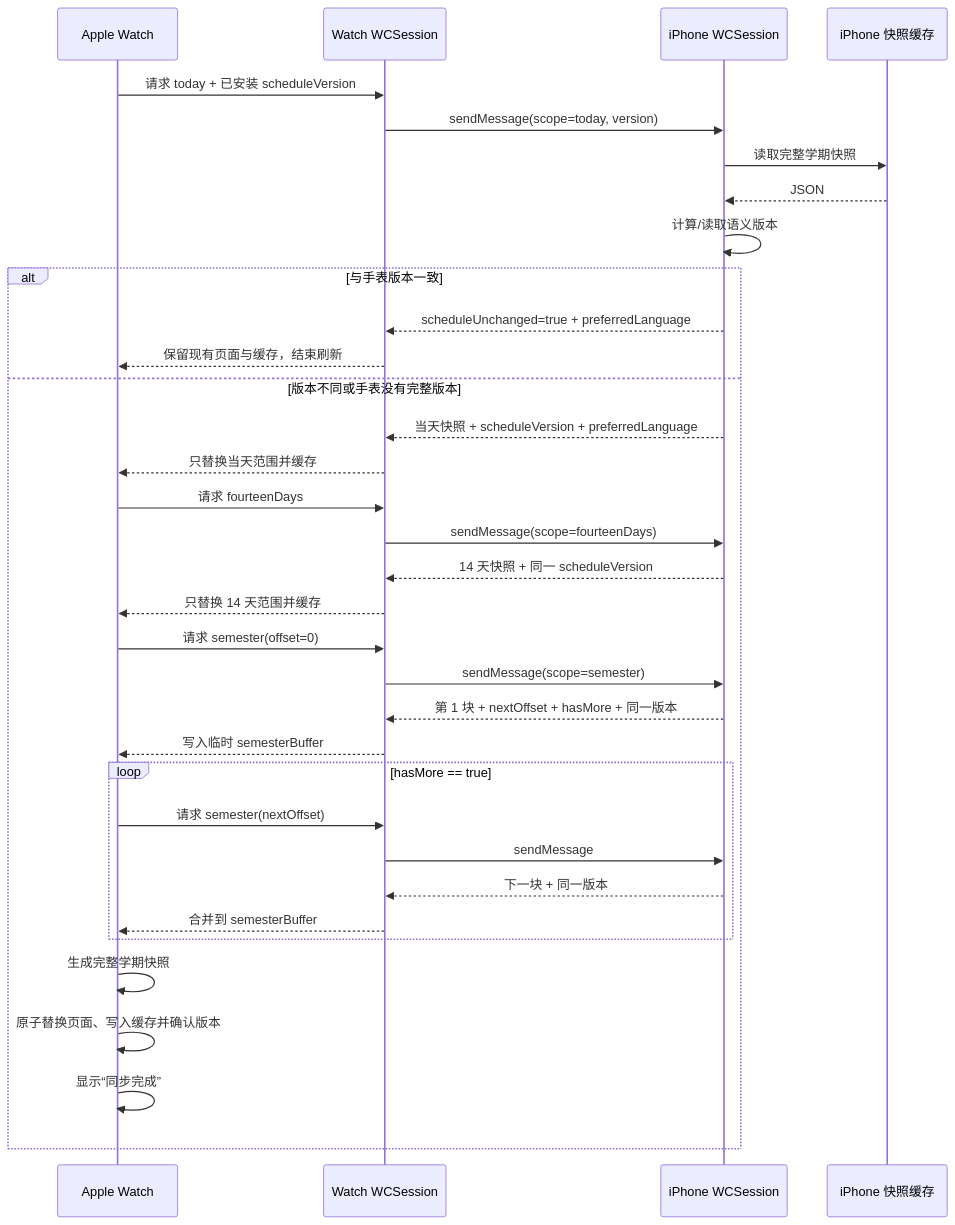
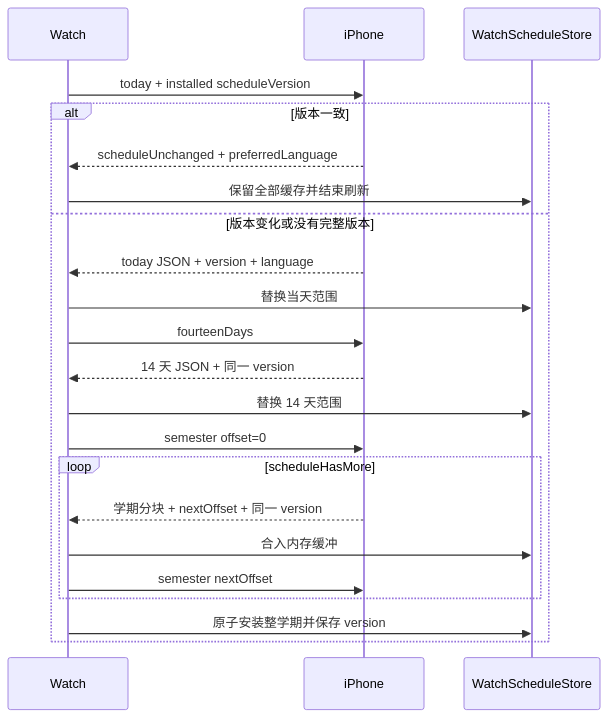
One commit to BenderBlog/traintime_pda changed the second of 2 diagrams in docs/apple_watch_technical_overview.md. Above: the diagram before and after it, drawn with Mermaid. The commit also changed other lines of this file and 8 other files, not shown here.

````diff
--- a/docs/apple_watch_technical_overview.md
+++ b/docs/apple_watch_technical_overview.md
@@ -441,42 +224,25 @@
 ```mermaid
 sequenceDiagram
-    participant W as Apple Watch
-    participant WC as Watch WCSession
-    participant PC as iPhone WCSession
-    participant P as iPhone 快照缓存
+    participant W as Watch
+    participant P as iPhone
+    participant S as WatchScheduleStore
 
-    W->>WC: 请求 today + 已安装 scheduleVersion
-    WC->>PC: sendMessage(scope=today, version)
-    PC->>P: 读取完整学期快照
-    P-->>PC: JSON
-    PC->>PC: 计算/读取语义版本
-
-    alt 与手表版本一致
-        PC-->>WC: scheduleUnchanged=true + preferredLanguage
-        WC-->>W: 保留现有页面与缓存，结束刷新
-    else 版本不同或手表没有完整版本
-        PC-->>WC: 当天快照 + scheduleVersion + preferredLanguage
-        WC-->>W: 只替换当天范围并缓存
-
-        W->>WC: 请求 fourteenDays
-        WC->>PC: sendMessage(scope=fourteenDays)
-        PC-->>WC: 14 天快照 + 同一 scheduleVersion
-        WC-->>W: 只替换 14 天范围并缓存
-
-        W->>WC: 请求 semester(offset=0)
-        WC->>PC: sendMessage(scope=semester)
-        PC-->>WC: 第 1 块 + nextOffset + hasMore + 同一版本
-        WC-->>W: 写入临时 semesterBuffer
-
-        loop hasMore == true
-            W->>WC: 请求 semester(nextOffset)
-            WC->>PC: sendMessage
-            PC-->>WC: 下一块 + 同一版本
-            WC-->>W: 合并到 semesterBuffer
+    W->>P: today + installed scheduleVersion
+    alt 版本一致
+        P-->>W: scheduleUnchanged + preferredLanguage
+        W->>S: 保留全部缓存并结束刷新
+    else 版本变化或没有完整版本
+        P-->>W: today JSON + version + language
+        W->>S: 替换当天范围
+        W->>P: fourteenDays
+        P-->>W: 14 天 JSON + 同一 version
+        W->>S: 替换 14 天范围
+        W->>P: semester offset=0
+        loop scheduleHasMore
+            P-->>W: 学期分块 + nextOffset + 同一 version
+            W->>S: 合入内存缓冲
+            W->>P: semester nextOffset
         end
-
-        W->>W: 生成完整学期快照
-        W->>W: 原子替换页面、写入缓存并确认版本
-        W->>W: 显示“同步完成”
+        W->>S: 原子安装整学期并保存 version
     end
 ```
````
